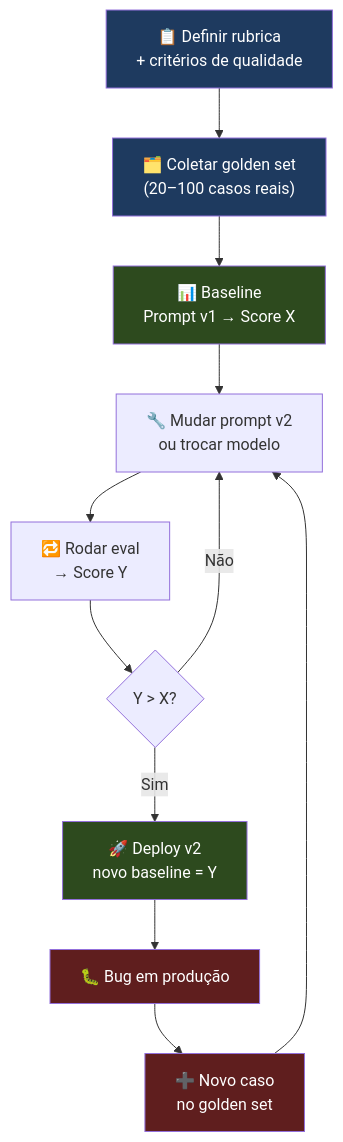
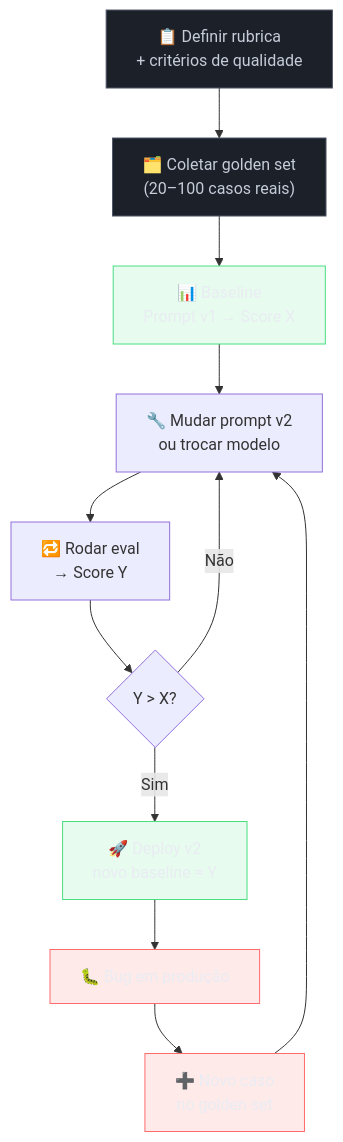
The diagram in 03-Dominios/Tecnologia/IA/Evaluation/01 - Eval-driven development — a disciplina.md (josenaldo/codex-technomanticus), drawn with Mermaid before and after one commit. The commit also changed 1181 other files, not shown here.

First line of the commit message:
fix(diagramas): paleta do sistema no lugar de cor cravada no markdown

````diff
--- a/03-Dominios/Tecnologia/IA/Evaluation/01 - Eval-driven development — a disciplina.md
+++ b/03-Dominios/Tecnologia/IA/Evaluation/01 - Eval-driven development — a disciplina.md
@@ -59,26 +59,29 @@
 ```mermaid
 flowchart TD
+    classDef neutro fill:#1B2029,stroke:#4E5666,color:#C6CCD8
+    classDef ok fill:#4ADE8021,stroke:#4ADE80,color:#E9ECF2
+    classDef falha fill:#FF6B6B24,stroke:#FF6B6B,color:#E9ECF2
     R["📋 Definir rubrica\n+ critérios de qualidade"]
     G["🗂️ Coletar golden set\n(20–100 casos reais)"]
     B["📊 Baseline\nPrompt v1 → Score X"]
     M["🔧 Mudar prompt v2\nou trocar modelo"]
     E["🔁 Rodar eval\n→ Score Y"]
     D{Y > X?}
     P["🚀 Deploy v2\nnovo baseline = Y"]
     BUG["🐛 Bug em produção"]
     ADD["➕ Novo caso\nno golden set"]
 
     R --> G --> B --> M --> E --> D
     D -->|Sim| P
     D -->|Não| M
     P --> BUG
     BUG --> ADD
     ADD --> M
 
-    style R fill:#1e3a5f,color:#fff
-    style G fill:#1e3a5f,color:#fff
-    style B fill:#2d4a1e,color:#fff
-    style P fill:#2d4a1e,color:#fff
-    style BUG fill:#5f1e1e,color:#fff
-    style ADD fill:#5f1e1e,color:#fff
+    class R neutro
+    class G neutro
+    class B ok
+    class P ok
+    class BUG falha
+    class ADD falha
 ```
````
